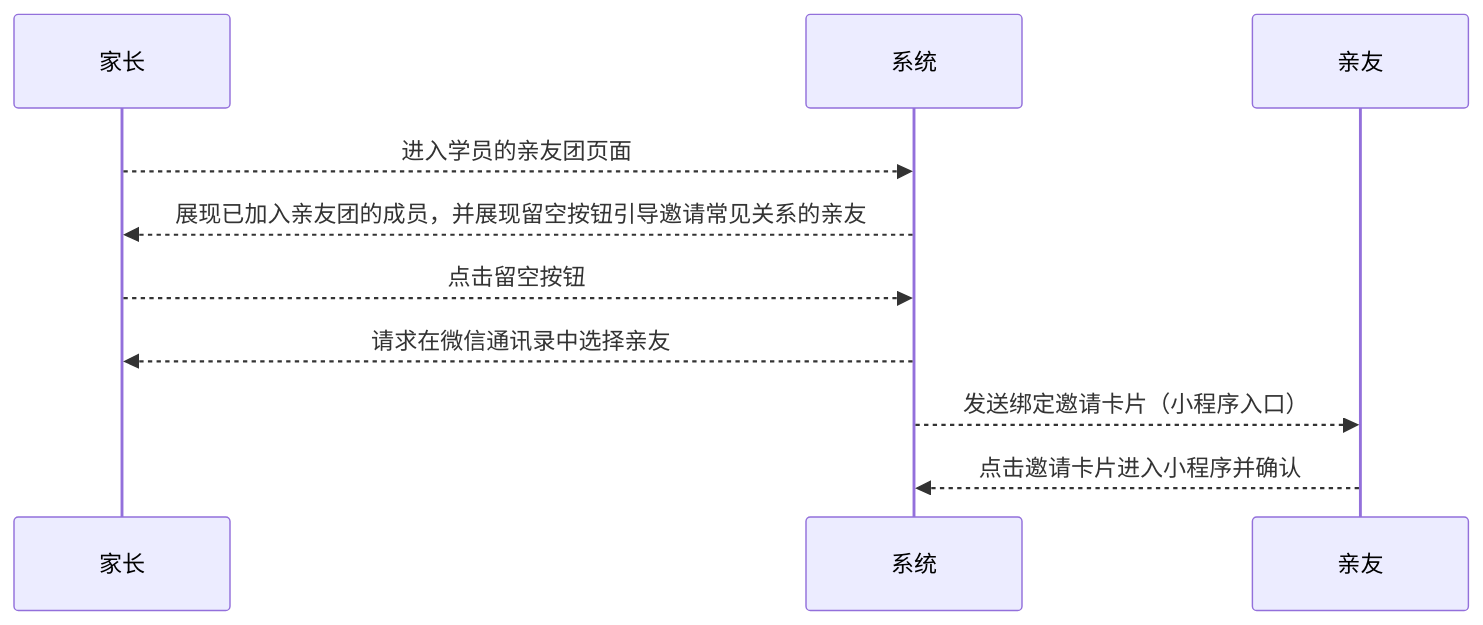
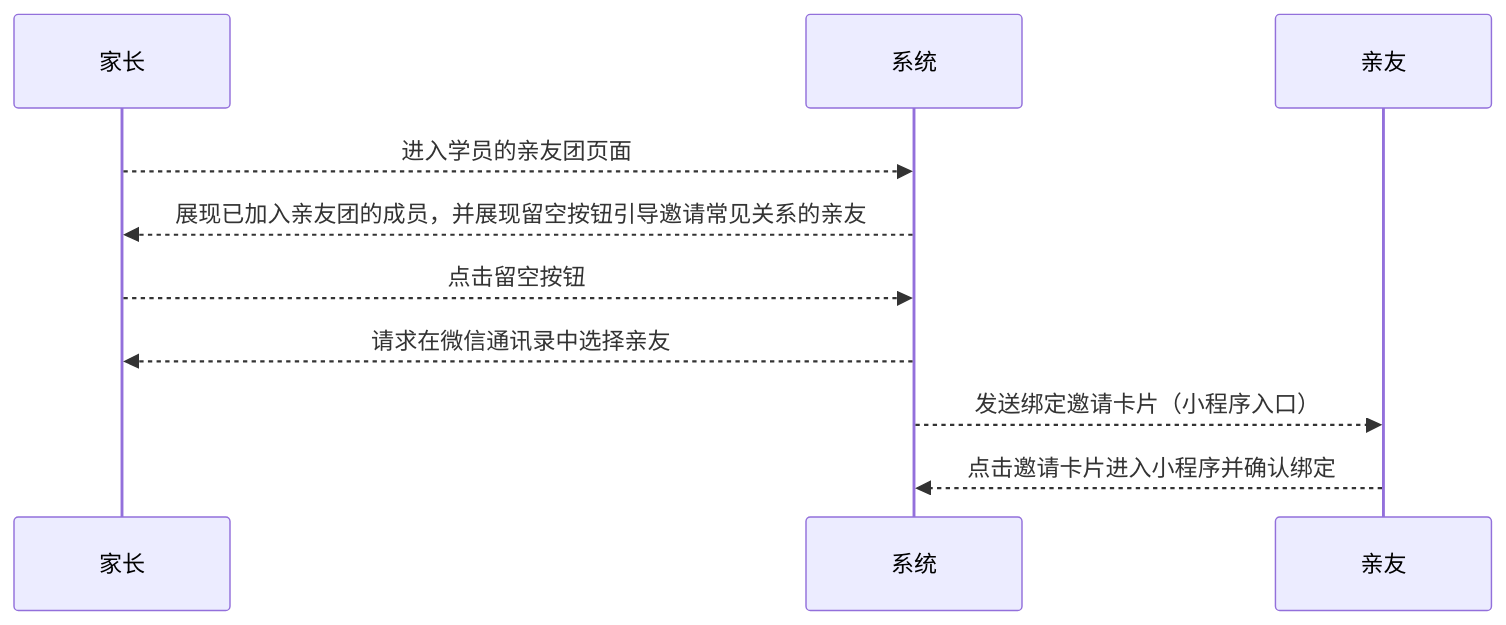
The first of 2 diagrams in 用例/家长-学员关系绑定.md (world-wide-web/sign), drawn with Mermaid before and after one commit. The commit also changed other lines of this file, not shown here.

````diff
--- a/用例/家长-学员关系绑定.md
+++ b/用例/家长-学员关系绑定.md
@@ -10,16 +10,16 @@
 ```mermaid
 sequenceDiagram
 
 家长-->>系统: 进入学员的亲友团页面
 
 系统-->>家长: 展现已加入亲友团的成员，并展现留空按钮引导邀请常见关系的亲友
 
 家长-->>系统: 点击留空按钮
 
 系统-->>家长: 请求在微信通讯录中选择亲友
 
 系统-->>亲友: 发送绑定邀请卡片（小程序入口）
 
-亲友-->>系统: 点击邀请卡片进入小程序并确认
+亲友-->>系统: 点击邀请卡片进入小程序并确认绑定
 
 ```
````
